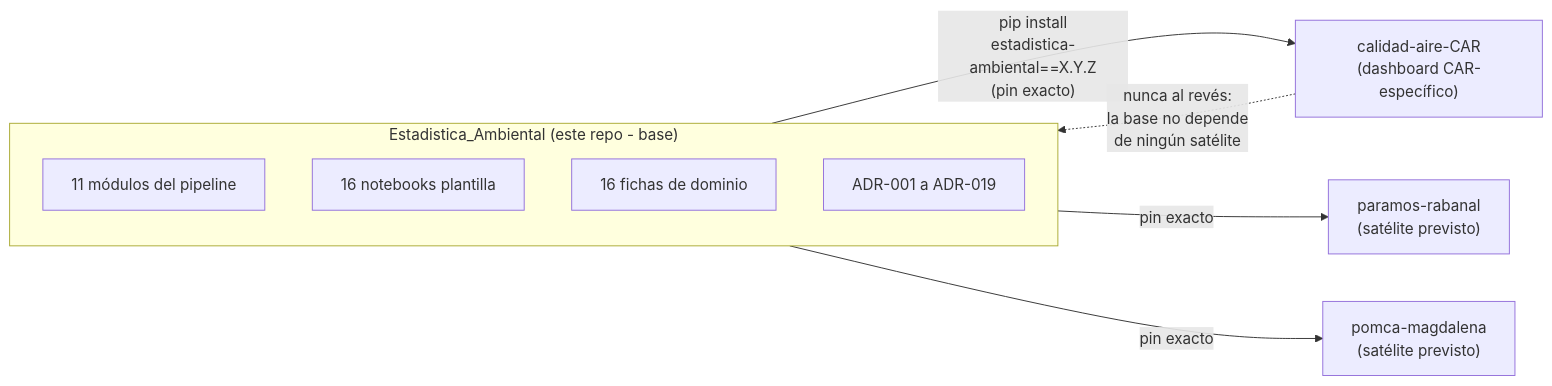
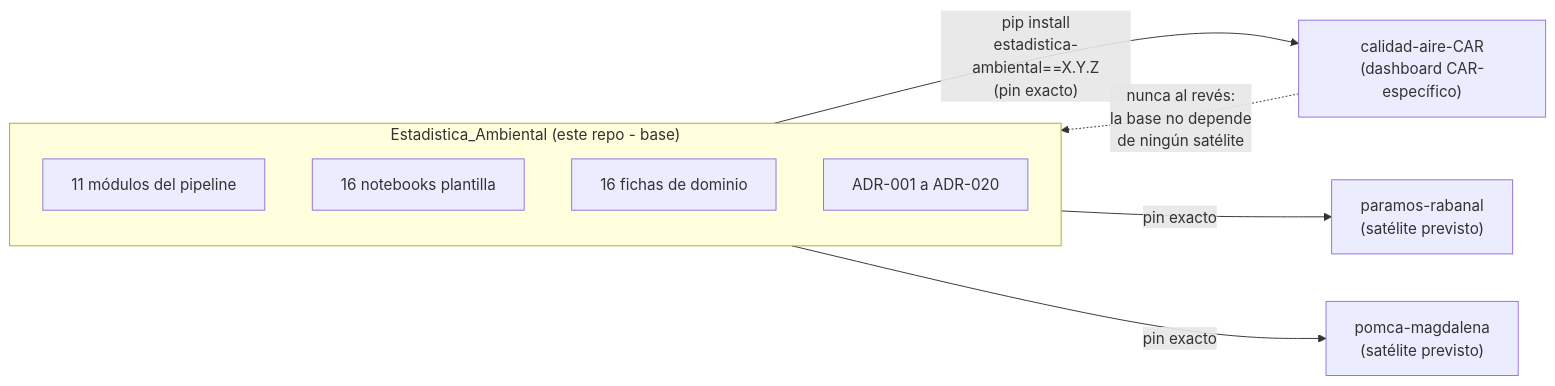
One commit to DanMendezZz/Estadistica_Ambiental changed the second of 3 diagrams in README.md. Above: the diagram before and after it, drawn with Mermaid. The commit also changed other lines of this file and 3 other files, not shown here.

````diff
--- a/README.md
+++ b/README.md
@@ -448,16 +447,16 @@
 ```mermaid
 flowchart LR
     subgraph BASE["Estadistica_Ambiental (este repo - base)"]
         direction TB
         M["11 módulos del pipeline"]
         N["16 notebooks plantilla"]
         F["16 fichas de dominio"]
-        A["ADR-001 a ADR-019"]
+        A["ADR-001 a ADR-020"]
     end
 
     BASE -->|"pip install<br/>estadistica-ambiental==X.Y.Z<br/>(pin exacto)"| S1["calidad-aire-CAR<br/>(dashboard CAR-específico)"]
     BASE -->|pin exacto| S2["paramos-rabanal<br/>(satélite previsto)"]
     BASE -->|pin exacto| S3["pomca-magdalena<br/>(satélite previsto)"]
 
     S1 -.->|"nunca al revés:<br/>la base no depende<br/>de ningún satélite"| BASE
 ```
````
